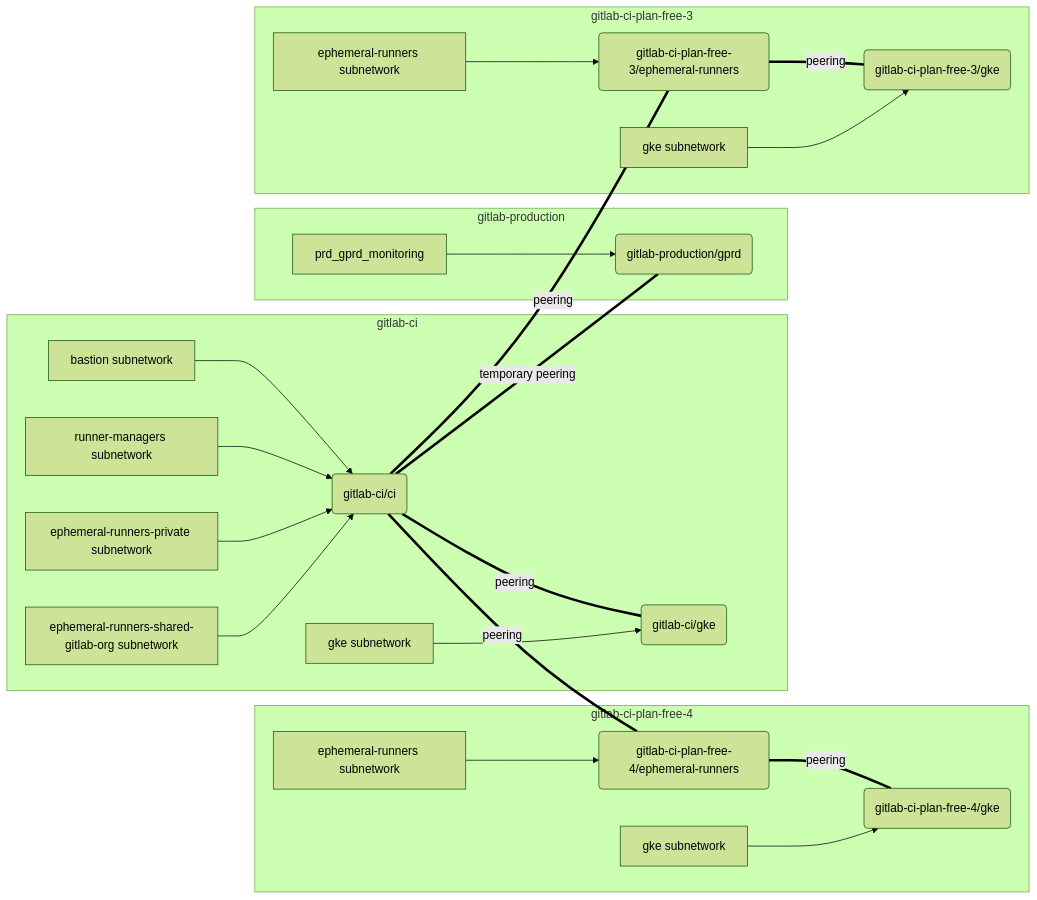
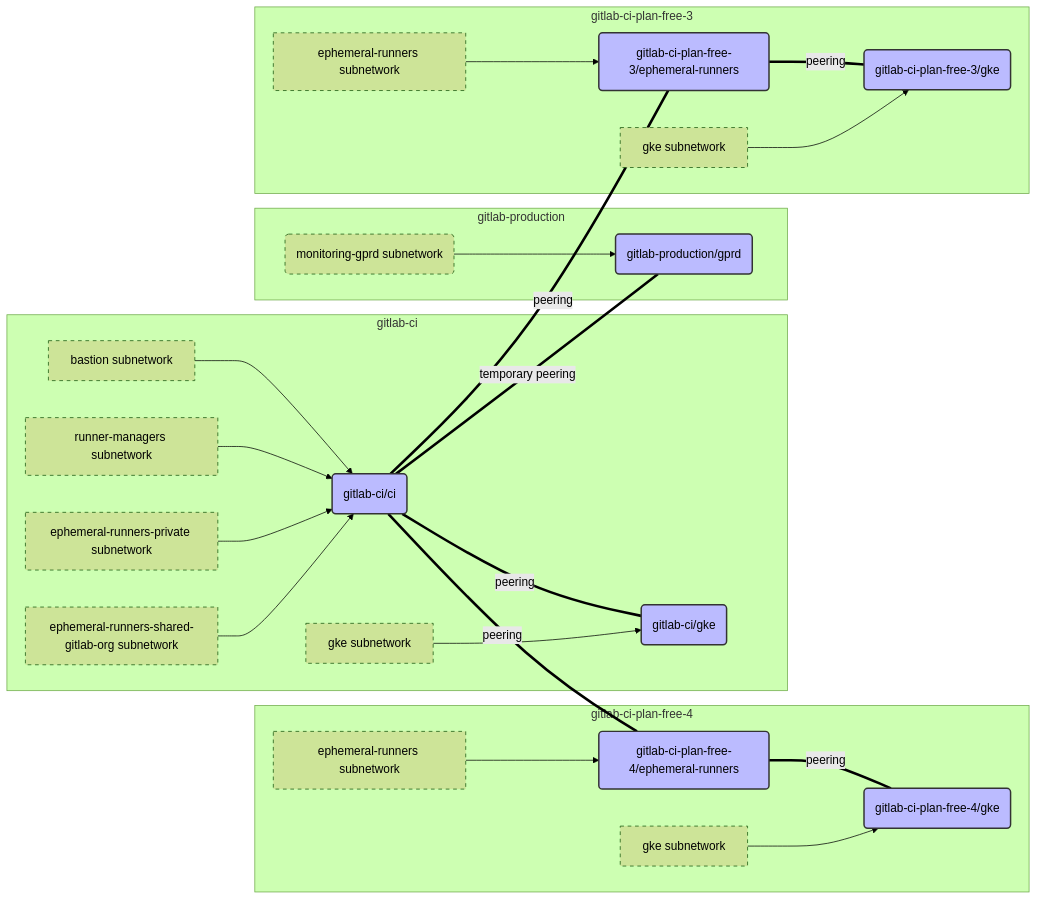
Before and after one commit to mattrussi/gitlab-com-runbooks: the fourth of 4 diagrams in docs/ci-runners/README.md, drawn with Mermaid (forest theme). The commit also changed other lines of this file, not shown here.

First line of the commit message:
docs(ci-runners): style network diagrams

````diff
--- a/docs/ci-runners/README.md
+++ b/docs/ci-runners/README.md
@@ -264,55 +273,58 @@
 ```mermaid
 graph LR
+  classDef subnetwork stroke-dasharray: 5 5;
+  classDef vpc fill:#bbf,stroke:#333,stroke-width:2px;
+
   subgraph gitlab-ci
-    ci_ci(gitlab-ci/ci)
-    ci_ci_bastion[bastion subnetwork]
-    ci_ci_runner_managers[runner-managers subnetwork]
-    ci_ci_ep[ephemeral-runners-private subnetwork]
-    ci_ci_esgo[ephemeral-runners-shared-gitlab-org subnetwork]
+    ci_ci(gitlab-ci/ci):::vpc
+    ci_ci_bastion[bastion subnetwork]:::subnetwork
+    ci_ci_runner_managers[runner-managers subnetwork]:::subnetwork
+    ci_ci_ep[ephemeral-runners-private subnetwork]:::subnetwork
+    ci_ci_esgo[ephemeral-runners-shared-gitlab-org subnetwork]:::subnetwork
 
-    ci_ci_gke(gitlab-ci/gke)
-    ci_ci_gke_gke[gke subnetwork]
+    ci_ci_gke(gitlab-ci/gke):::vpc
+    ci_ci_gke_gke[gke subnetwork]:::subnetwork
 
     ci_ci_bastion --> ci_ci
     ci_ci_runner_managers --> ci_ci
     ci_ci_ep --> ci_ci
     ci_ci_esgo --> ci_ci
     ci_ci ===|peering| ci_ci_gke
     ci_ci_gke_gke --> ci_ci_gke
   end
 
   subgraph gitlab-production
-    prd_gprd(gitlab-production/gprd)
-    prd_gprd_monitoring
+    prd_gprd(gitlab-production/gprd):::vpc
+    prd_gprd_monitoring(monitoring-gprd subnetwork):::subnetwork
 
     prd_gprd_monitoring --> prd_gprd
   end
 
   subgraph gitlab-ci-plan-free-4
-    ci_plan_free_4_ephemeral(gitlab-ci-plan-free-4/ephemeral-runners)
-    ci_plan_free_4_ephemeral_e[ephemeral-runners subnetwork]
+    ci_plan_free_4_ephemeral(gitlab-ci-plan-free-4/ephemeral-runners):::vpc
+    ci_plan_free_4_ephemeral_e[ephemeral-runners subnetwork]:::subnetwork
 
-    ci_plan_free_4_gke(gitlab-ci-plan-free-4/gke)
-    ci_plan_free_4_gke_gke[gke subnetwork]
+    ci_plan_free_4_gke(gitlab-ci-plan-free-4/gke):::vpc
+    ci_plan_free_4_gke_gke[gke subnetwork]:::subnetwork
 
     ci_plan_free_4_ephemeral_e --> ci_plan_free_4_ephemeral
     ci_plan_free_4_ephemeral ===|peering| ci_plan_free_4_gke
     ci_plan_free_4_gke_gke --> ci_plan_free_4_gke
   end
 
   subgraph gitlab-ci-plan-free-3
-    ci_plan_free_3_ephemeral(gitlab-ci-plan-free-3/ephemeral-runners)
-    ci_plan_free_3_ephemeral_e[ephemeral-runners subnetwork]
+    ci_plan_free_3_ephemeral(gitlab-ci-plan-free-3/ephemeral-runners):::vpc
+    ci_plan_free_3_ephemeral_e[ephemeral-runners subnetwork]:::subnetwork
 
-    ci_plan_free_3_gke(gitlab-ci-plan-free-3/gke)
-    ci_plan_free_3_gke_gke[gke subnetwork]
+    ci_plan_free_3_gke(gitlab-ci-plan-free-3/gke):::vpc
+    ci_plan_free_3_gke_gke[gke subnetwork]:::subnetwork
 
     ci_plan_free_3_ephemeral_e --> ci_plan_free_3_ephemeral
     ci_plan_free_3_ephemeral ===|peering| ci_plan_free_3_gke
     ci_plan_free_3_gke_gke --> ci_plan_free_3_gke
   end
 
   ci_ci ===|temporary peering| prd_gprd
   ci_ci ===|peering| ci_plan_free_3_ephemeral
   ci_ci ===|peering| ci_plan_free_4_ephemeral
 ```
````
